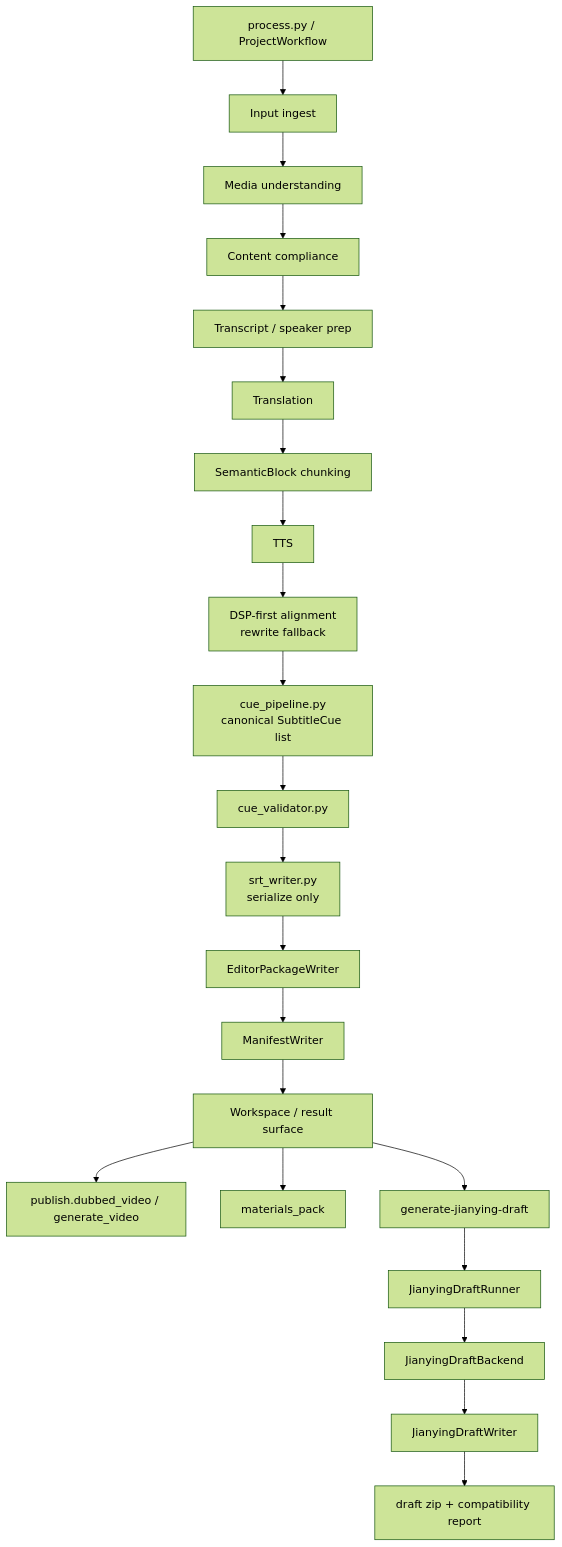
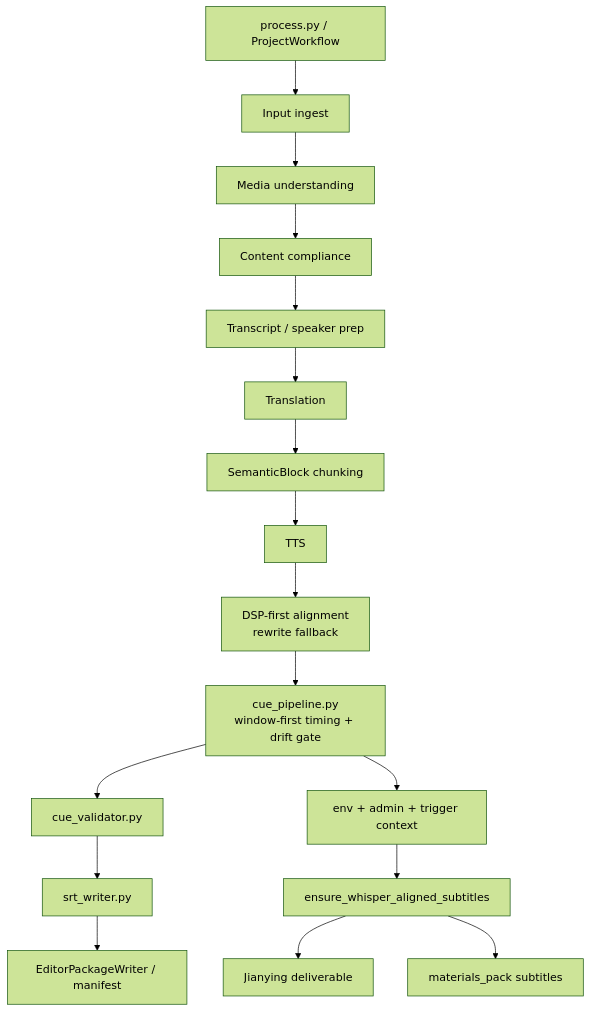
One commit to sun9bear/AITransVideo changed the diagram in docs/graphs/GITNEXUS_WORKFLOW_CORE_GRAPH.md. Above: the diagram before and after it, drawn with Mermaid (forest theme). The commit also changed other lines of this file and 7 other files, not shown here.

Commit message:
docs(graphs): refresh GitNexus graphs to 482b315

````diff
--- a/docs/graphs/GITNEXUS_WORKFLOW_CORE_GRAPH.md
+++ b/docs/graphs/GITNEXUS_WORKFLOW_CORE_GRAPH.md
@@ -15,28 +16,21 @@
 ```mermaid
 graph TD
     Entry["process.py / ProjectWorkflow"] --> Ingestion["Input ingest"]
     Ingestion --> Media["Media understanding"]
     Media --> Compliance["Content compliance"]
     Compliance --> Transcript["Transcript / speaker prep"]
     Transcript --> Translation["Translation"]
     Translation --> Blocks["SemanticBlock chunking"]
     Blocks --> TTS["TTS"]
     TTS --> Alignment["DSP-first alignment<br/>rewrite fallback"]
 
-    Alignment --> CueV2["cue_pipeline.py<br/>canonical SubtitleCue list"]
-    CueV2 --> Validator["cue_validator.py"]
-    Validator --> SRT["srt_writer.py<br/>serialize only"]
+    Alignment --> CueGate["cue_pipeline.py<br/>window-first timing + drift gate"]
+    CueGate --> Validator["cue_validator.py"]
+    Validator --> SRT["srt_writer.py"]
+    SRT --> Editor["EditorPackageWriter / manifest"]
 
-    SRT --> Editor["EditorPackageWriter"]
-    Editor --> Manifest["ManifestWriter"]
-    Manifest --> Result["Workspace / result surface"]
-
-    Result --> PublishTask["publish.dubbed_video / generate_video"]
-    Result --> PackTask["materials_pack"]
-    Result --> JDraftTask["generate-jianying-draft"]
-
-    JDraftTask --> JRunner["JianyingDraftRunner"]
-    JRunner --> JBackend["JianyingDraftBackend"]
-    JBackend --> JWriter["JianyingDraftWriter"]
-    JWriter --> JZip["draft zip + compatibility report"]
+    CueGate --> WhisperGate["env + admin + trigger context"]
+    WhisperGate --> DeliverableEnsure["ensure_whisper_aligned_subtitles"]
+    DeliverableEnsure --> JDraft["Jianying deliverable"]
+    DeliverableEnsure --> Pack["materials_pack subtitles"]
 ```
````
